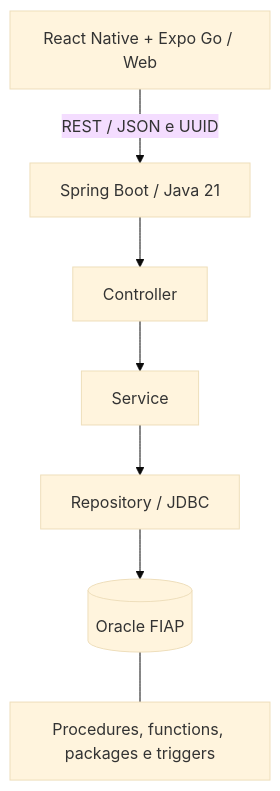
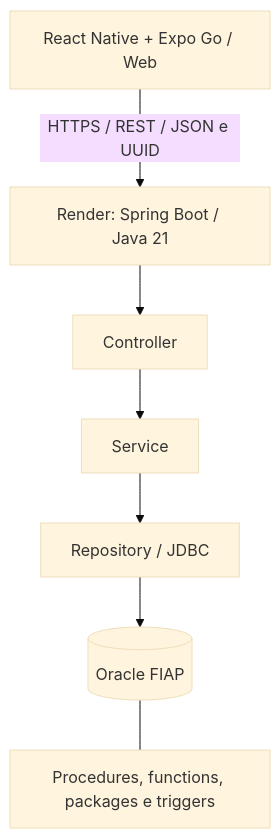
The diagram in README.md (GustavoPMarques/Lembrei), drawn with Mermaid (base theme) before and after one commit. The commit also changed other lines of this file and 4 other files, not shown here.

````diff
--- a/README.md
+++ b/README.md
@@ -26,9 +41,9 @@
 ```mermaid
 flowchart TD
-    APP[React Native + Expo Go / Web] -->|REST / JSON e UUID| API[Spring Boot / Java 21]
+    APP[React Native + Expo Go / Web] -->|HTTPS / REST / JSON e UUID| API[Render: Spring Boot / Java 21]
     API --> C[Controller]
     C --> S[Service]
     S --> R[Repository / JDBC]
     R --> DB[(Oracle FIAP)]
     DB --- PL[Procedures, functions, packages e triggers]
 ```
````
